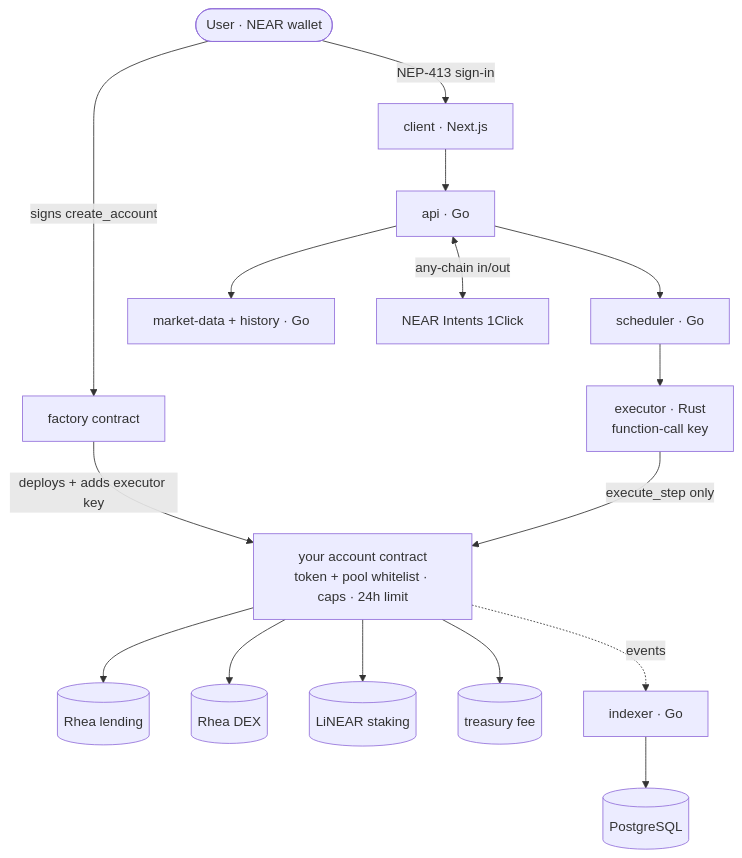
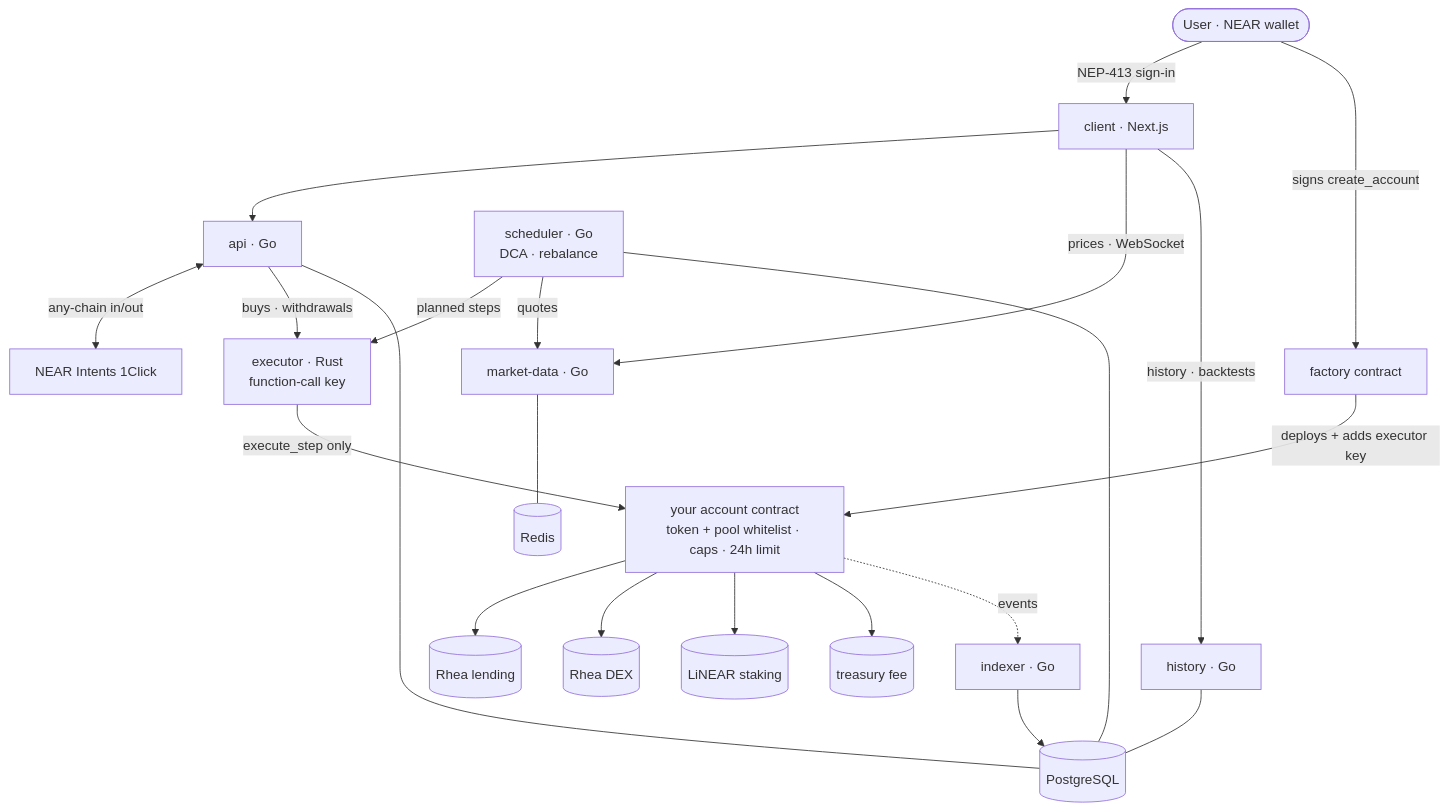
Before and after one commit to Debanjannnn/nearly: the diagram in README.md, drawn with Mermaid.

Commit message:
docs: arch diagram matches services

````diff
--- a/README.md
+++ b/README.md
@@ -90,19 +90,25 @@
 ```mermaid
 flowchart TD
   U([User · NEAR wallet])
   U -->|NEP-413 sign-in| C[client · Next.js]
   U -->|signs create_account| F[factory contract]
   C --> API[api · Go]
-  API --> S[scheduler · Go]
-  API --> M[market-data + history · Go]
+  C -->|prices · WebSocket| M[market-data · Go]
+  C -->|history · backtests| H[history · Go]
   API <-->|any-chain in/out| I[NEAR Intents 1Click]
-  S --> X[executor · Rust<br/>function-call key]
+  API -->|buys · withdrawals| X[executor · Rust<br/>function-call key]
+  S[scheduler · Go<br/>DCA · rebalance] -->|planned steps| X
+  S -->|quotes| M
+  M --- R[(Redis)]
   F -->|deploys + adds executor key| A[your account contract<br/>token + pool whitelist · caps · 24h limit]
   X -->|execute_step only| A
   A --> L[(Rhea lending)]
   A --> D[(Rhea DEX)]
   A --> ST[(LiNEAR staking)]
   A --> T[(treasury fee)]
   A -.->|events| IX[indexer · Go]
-  IX --> DB[(PostgreSQL)]
+  API --- DB[(PostgreSQL)]
+  S --- DB
+  H --- DB
+  IX --> DB
 ```
````
